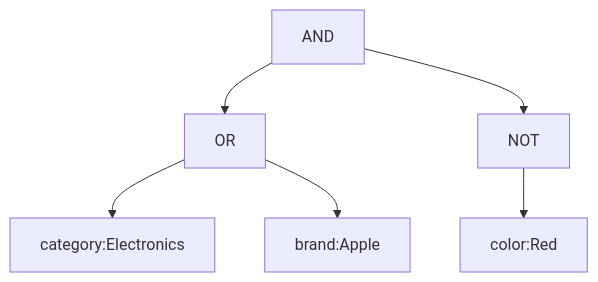
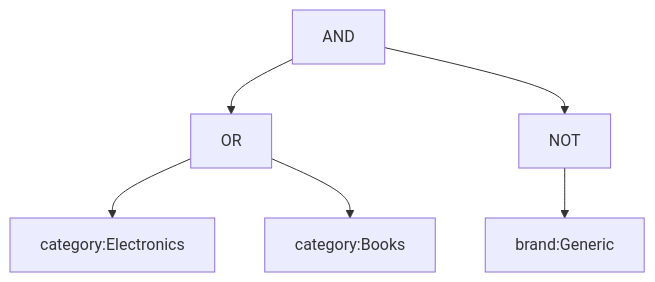
The second of 2 diagrams in src/DesignPatterns.Behavioral/Interpreter/README.md (senapatisantosh/DotnetAdvanceDesignPattern), drawn with Mermaid before and after one commit. The commit also changed other lines of this file and 12 other files, not shown here.

````diff
--- a/src/DesignPatterns.Behavioral/Interpreter/README.md
+++ b/src/DesignPatterns.Behavioral/Interpreter/README.md
@@ -100,15 +100,15 @@
 ```mermaid
 graph TD
     AND["AND"]
     OR["OR"]
     NOT["NOT"]
     F1["category:Electronics"]
-    F2["brand:Apple"]
-    F3["color:Red"]
+    F2["category:Books"]
+    F3["brand:Generic"]
 
     AND --> OR
     AND --> NOT
     OR --> F1
     OR --> F2
     NOT --> F3
 ```
````
